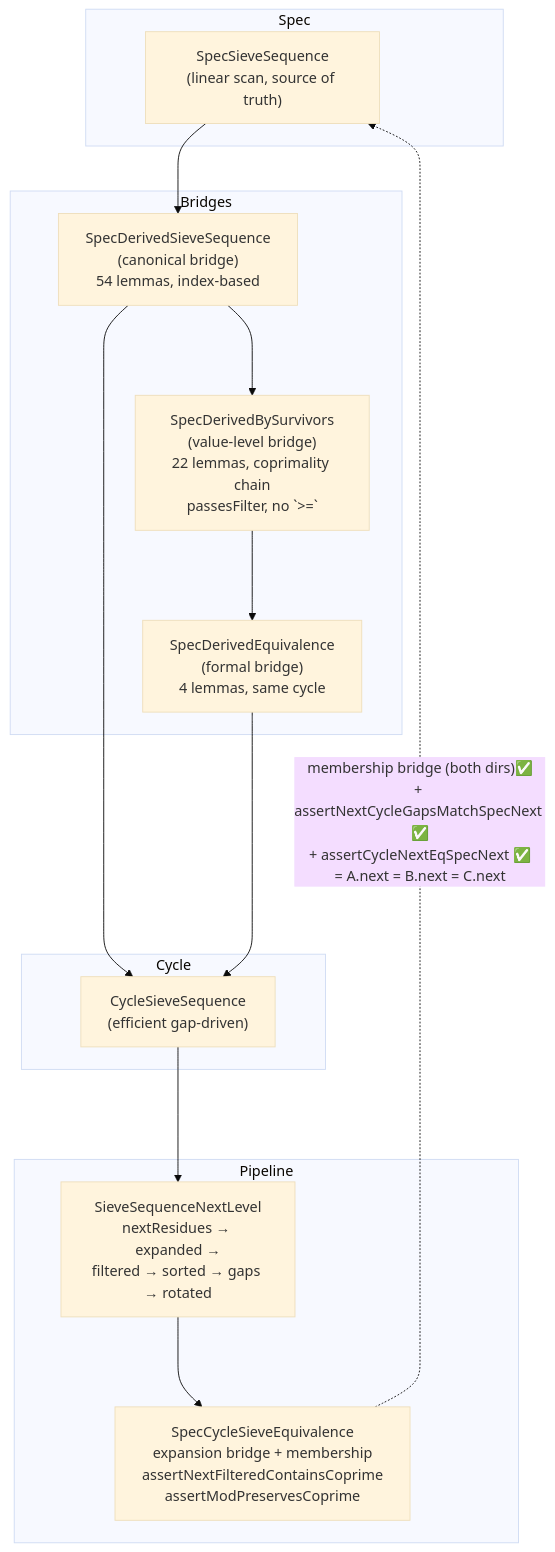
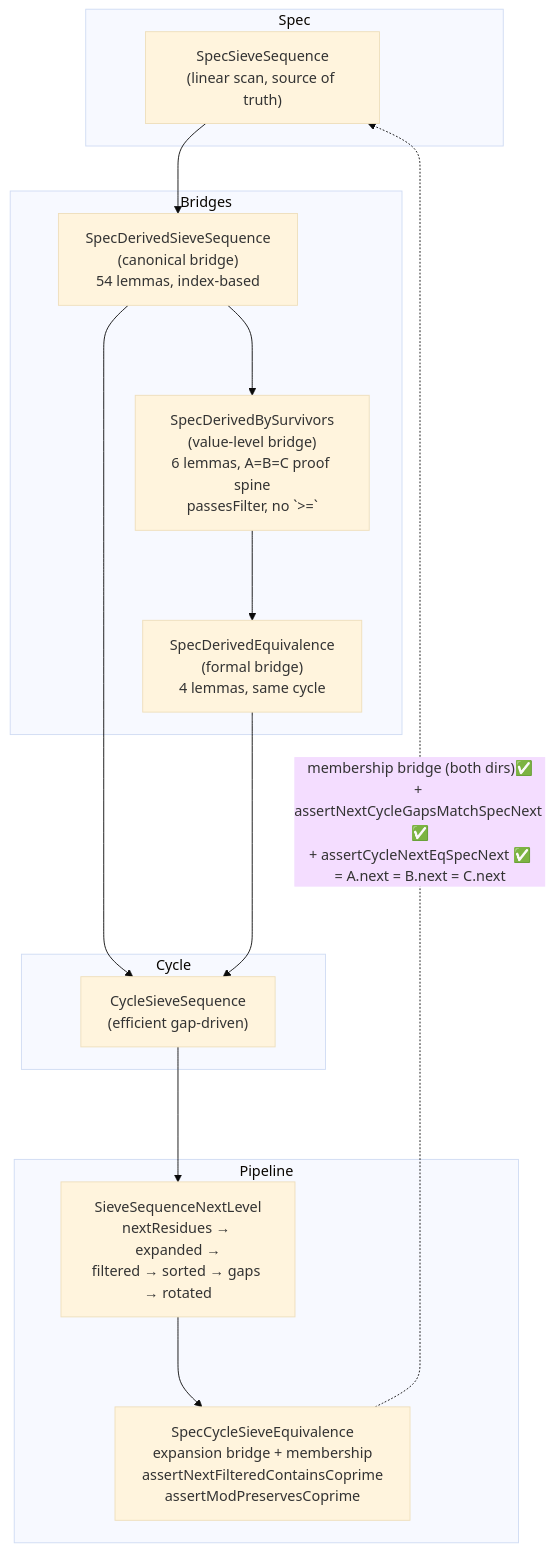
One commit to thiagomata/prime-numbers changed the fourth of 5 diagrams in docs/architecture.md. Above: the diagram before and after it, drawn with Mermaid (base theme). The commit also changed other lines of this file and 4 other files, not shown here.

````diff
--- a/docs/architecture.md
+++ b/docs/architecture.md
@@ -190,27 +190,27 @@
 ```mermaid
 flowchart TB
     subgraph Spec
         SS["SpecSieveSequence\n(linear scan, source of truth)"]
     end
     subgraph Bridges
         SDS["SpecDerivedSieveSequence\n(canonical bridge)\n54 lemmas, index-based"]
-        SDBS["SpecDerivedBySurvivors\n(value-level bridge)\n22 lemmas, coprimality chain\npassesFilter, no `>=`"]
+        SDBS["SpecDerivedBySurvivors\n(value-level bridge)\n6 lemmas, A=B=C proof spine\npassesFilter, no `>=`"]
         SDE["SpecDerivedEquivalence\n(formal bridge)\n4 lemmas, same cycle"]
     end
     subgraph Cycle
         CS["CycleSieveSequence\n(efficient gap-driven)"]
     end
     subgraph Pipeline
         SNL["SieveSequenceNextLevel\nnextResidues → expanded →\nfiltered → sorted → gaps → rotated"]
         SCE["SpecCycleSieveEquivalence\nexpansion bridge + membership\nassertNextFilteredContainsCoprime\nassertModPreservesCoprime"]
     end
 
     SS --> SDS
     SDS --> CS
     SDS ---> SDBS
     SDBS ---> SDE
     SDE ---> CS
     CS ---> SNL
     SNL ---> SCE
     SCE -. "membership bridge (both dirs)✅\n+ assertNextCycleGapsMatchSpecNext ✅\n+ assertCycleNextEqSpecNext ✅\n= A.next = B.next = C.next" .-> SS
 ```
````
